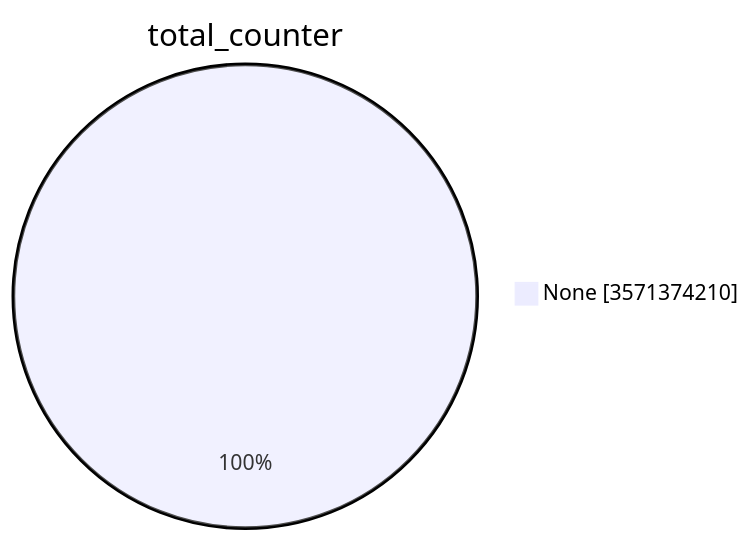
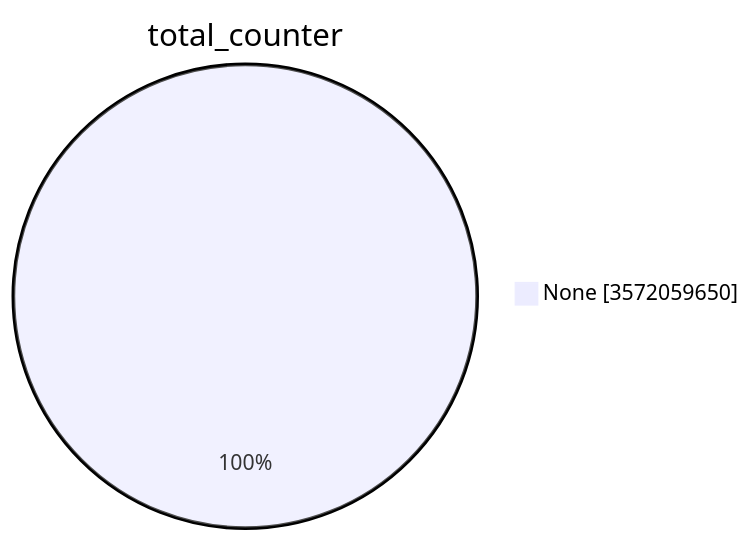
Before and after one commit to christiankrug/ctmonitor_visualization: the first of 15 diagrams in TOTAL/README.md, drawn with Mermaid. The commit also changed other lines of this file, not shown here.

````diff
--- a/TOTAL/README.md
+++ b/TOTAL/README.md
@@ -1,5 +1,5 @@
 ```mermaid
 pie showData
 title total_counter
-"None" :3571374210
+"None" :3572059650
 ```
````
